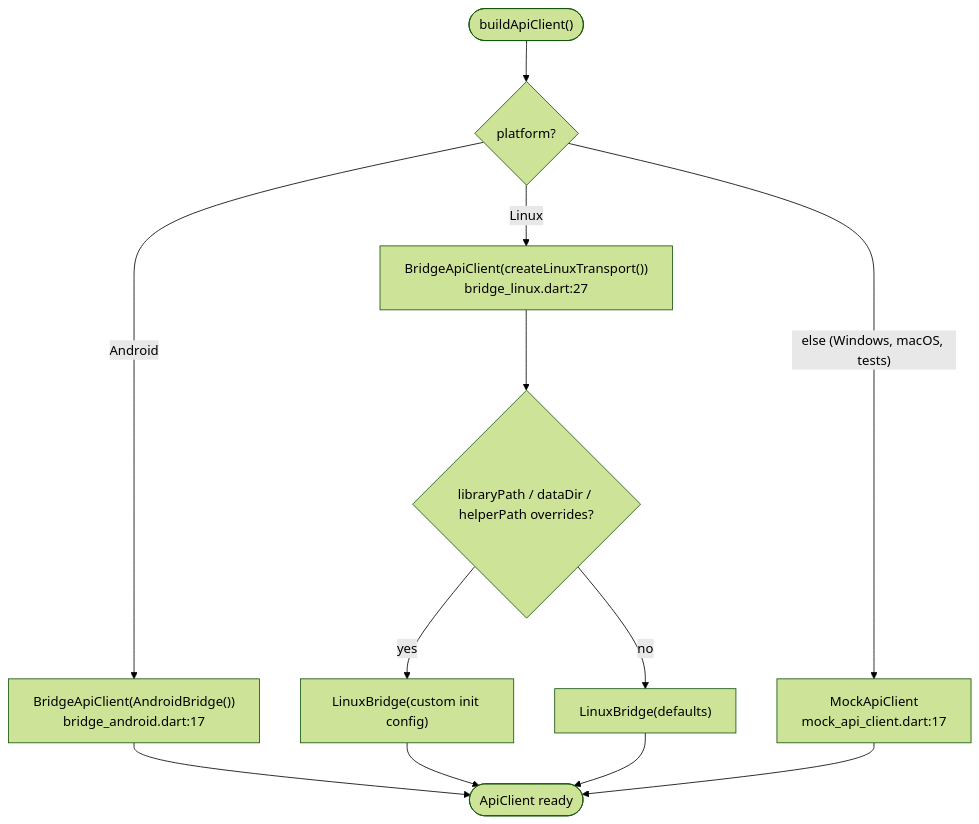
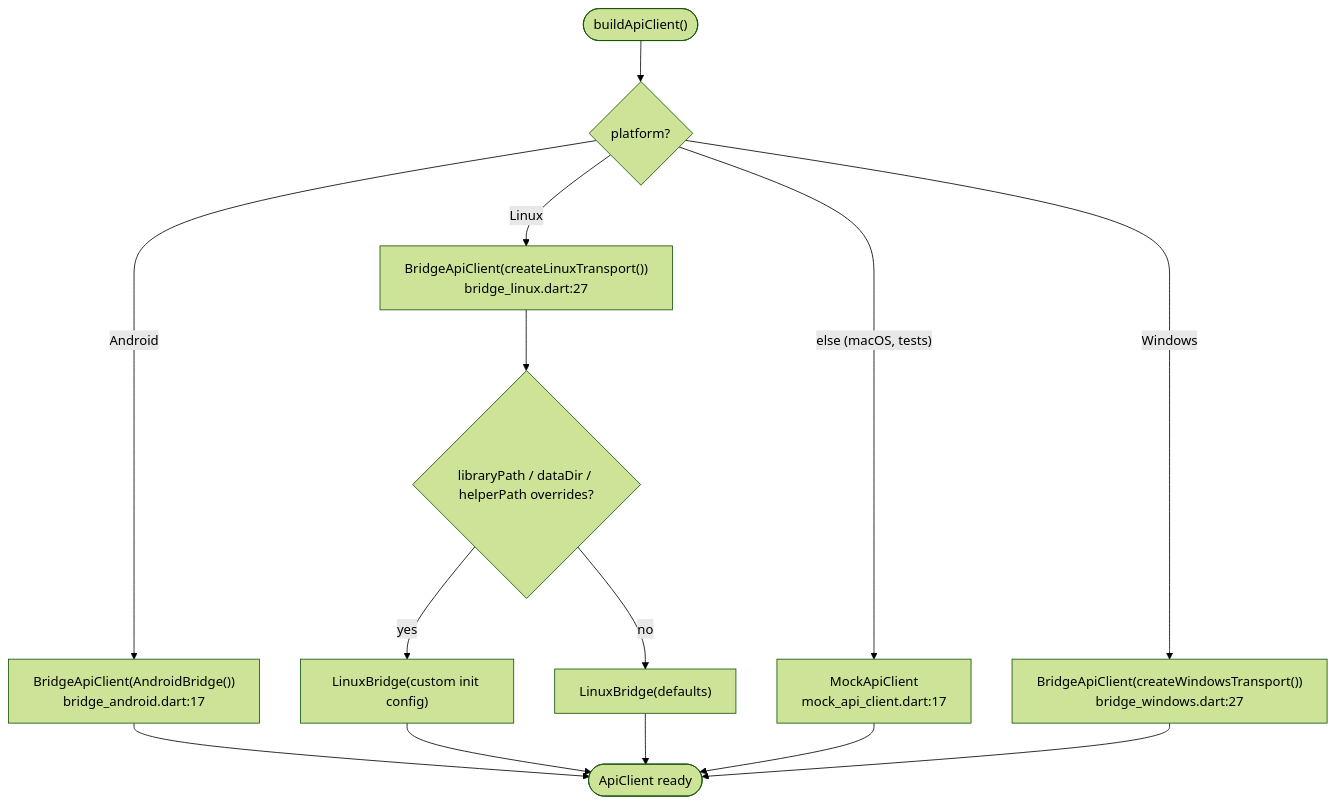
The fourth of 9 diagrams in docs/FLOWCHARTS.md (mrdevmohamed/OmniProxy), drawn with Mermaid (forest theme) before and after one commit. The commit also changed other lines of this file and 15 other files, not shown here.

First line of the commit message:
app,core,ci,docs: implement windows bridge (M8)

````diff
--- a/docs/FLOWCHARTS.md
+++ b/docs/FLOWCHARTS.md
@@ -117,14 +117,16 @@
 ```mermaid
 flowchart TD
     A(["buildApiClient()"]) --> B{"platform?"}
     B -- Android --> C["BridgeApiClient(AndroidBridge())<br/>bridge_android.dart:17"]
     B -- Linux --> D["BridgeApiClient(createLinuxTransport())<br/>bridge_linux.dart:27"]
-    B -- else (Windows, macOS, tests) --> E["MockApiClient<br/>mock_api_client.dart:17"]
+    B -- Windows --> W["BridgeApiClient(createWindowsTransport())<br/>bridge_windows.dart:27"]
+    B -- else (macOS, tests) --> E["MockApiClient<br/>mock_api_client.dart:17"]
     D --> F{"libraryPath / dataDir / helperPath overrides?"}
     F -- yes --> G["LinuxBridge(custom init config)"]
     F -- no --> H["LinuxBridge(defaults)"]
     C --> I(["ApiClient ready"])
     G --> I
     H --> I
     E --> I
+    W --> I
 ```
````
